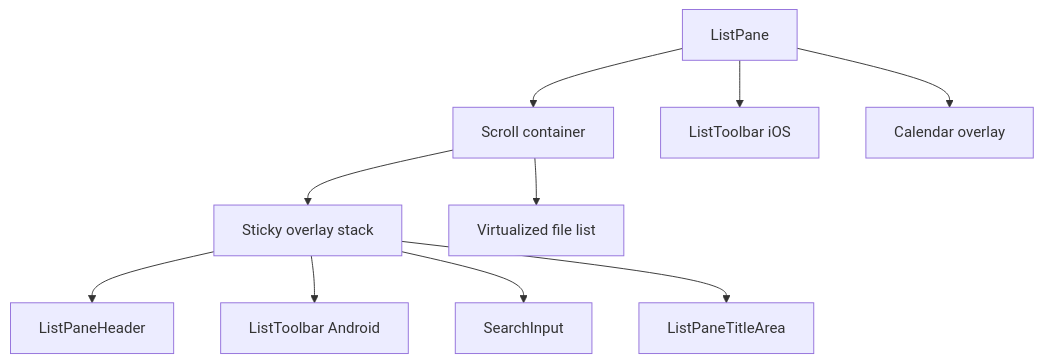
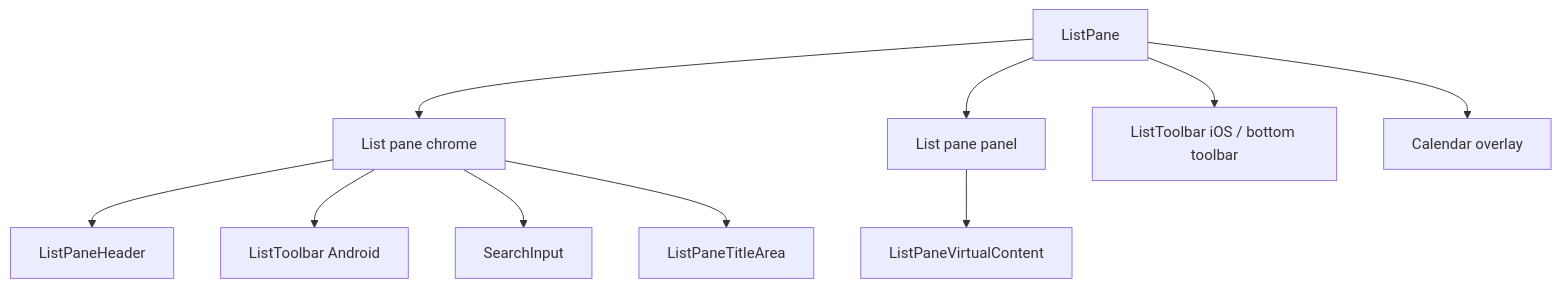
The fourth of 7 diagrams in docs/rendering-architecture.md (HEmile/notebook-navigator), drawn with Mermaid before and after one commit. The commit also changed other lines of this file and 7 other files, not shown here.

````diff
--- a/docs/rendering-architecture.md
+++ b/docs/rendering-architecture.md
@@ -148,12 +151,12 @@
 ```mermaid
 graph TD
-    LPR["ListPane"] --> SC["Scroll container"];
-    SC --> OVL["Sticky overlay stack"];
-    OVL --> LPH["ListPaneHeader"];
-    OVL --> LTBA["ListToolbar Android"];
-    OVL --> SI["SearchInput"];
-    OVL --> LTA["ListPaneTitleArea"];
-    SC --> LPL["Virtualized file list"];
-    LPR --> LTBI["ListToolbar iOS"];
+    LPR["ListPane"] --> CH["List pane chrome"];
+    CH --> LPH["ListPaneHeader"];
+    CH --> LTBA["ListToolbar Android"];
+    CH --> SI["SearchInput"];
+    CH --> LTA["ListPaneTitleArea"];
+    LPR --> PANEL["List pane panel"];
+    PANEL --> LPL["ListPaneVirtualContent"];
+    LPR --> LTBI["ListToolbar iOS / bottom toolbar"];
     LPR --> CAL["Calendar overlay"];
 ```
````
